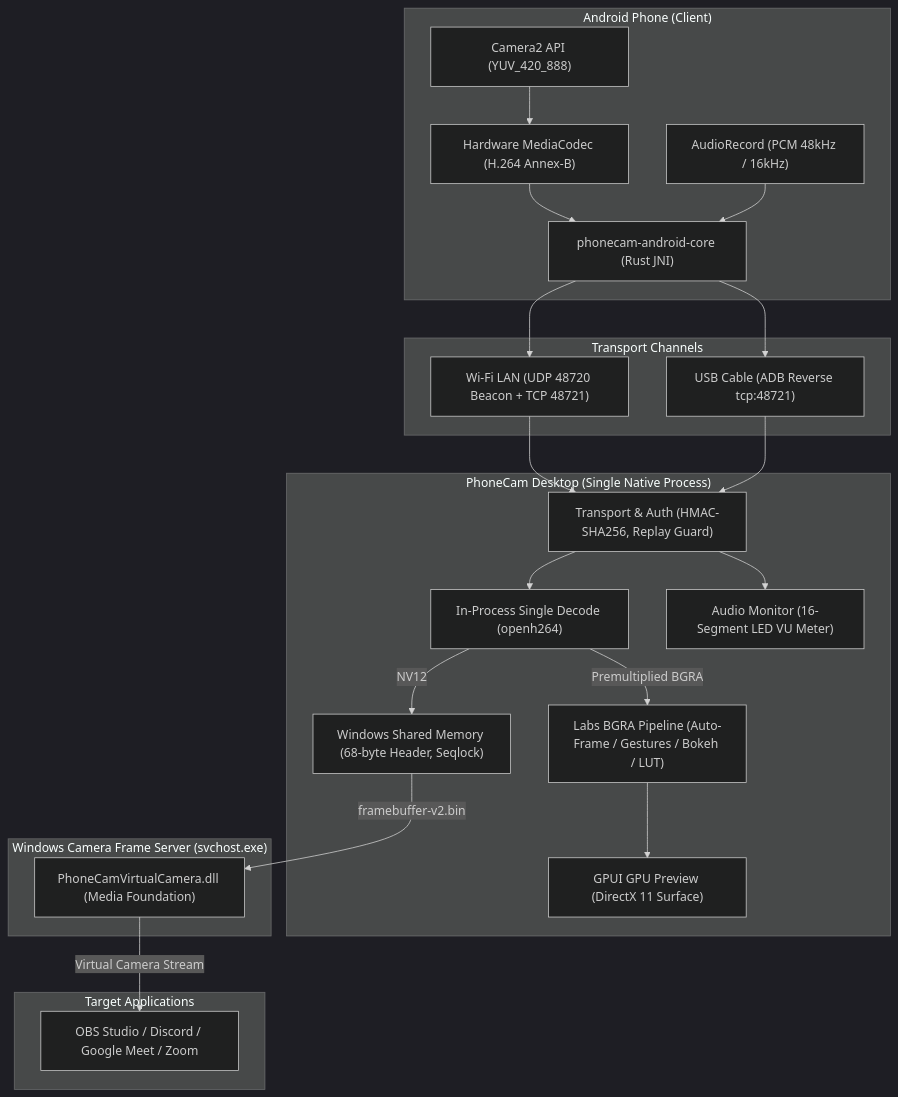
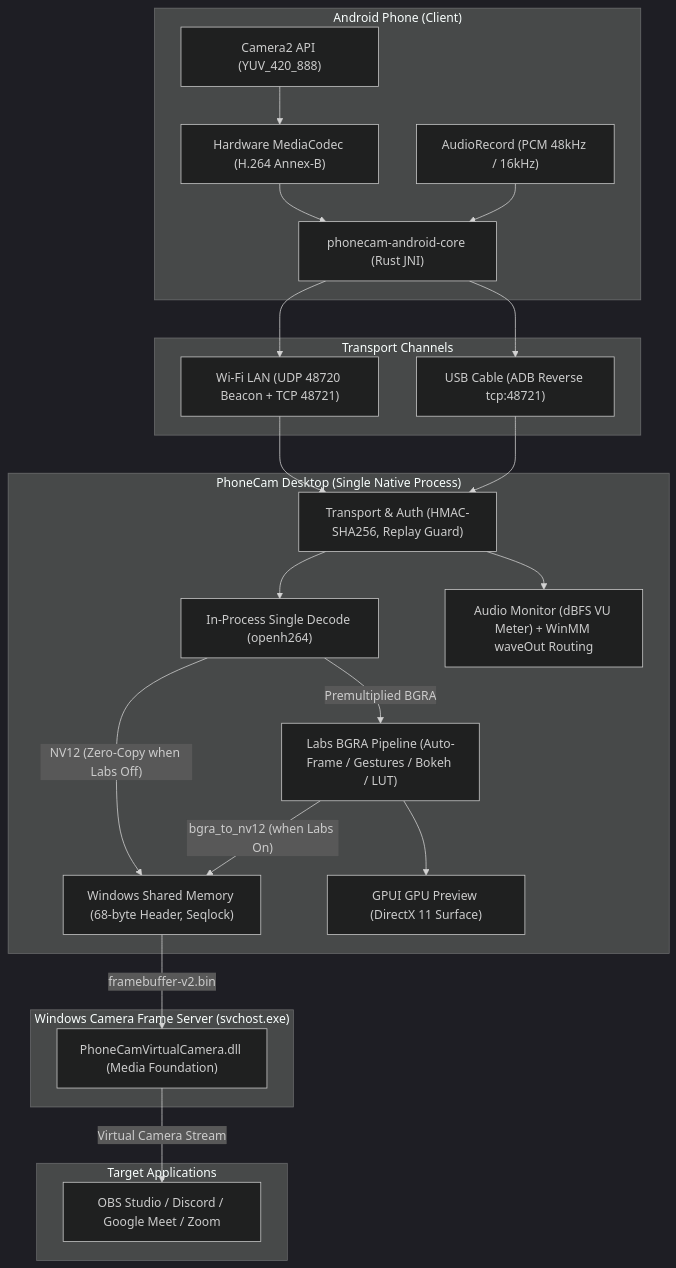
Before and after one commit to primahagantha/phonecam: the first of 2 diagrams in docs/architecture.md, drawn with Mermaid (dark theme). The commit also changed other lines of this file and 13 other files, not shown here.

````diff
--- a/docs/architecture.md
+++ b/docs/architecture.md
@@ -11,48 +11,49 @@
 ```mermaid
 flowchart TD
     subgraph Android["Android Phone (Client)"]
         Cam["Camera2 API (YUV_420_888)"]
         Mic["AudioRecord (PCM 48kHz / 16kHz)"]
         Enc["Hardware MediaCodec (H.264 Annex-B)"]
         JNI["phonecam-android-core (Rust JNI)"]
         Cam --> Enc --> JNI
         Mic --> JNI
     end
 
     subgraph Link["Transport Channels"]
         WiFi["Wi-Fi LAN (UDP 48720 Beacon + TCP 48721)"]
         USB["USB Cable (ADB Reverse tcp:48721)"]
     end
 
     JNI --> WiFi
     JNI --> USB
 
     subgraph Desktop["PhoneCam Desktop (Single Native Process)"]
         Auth["Transport & Auth (HMAC-SHA256, Replay Guard)"]
         Dec["In-Process Single Decode (openh264)"]
-        Audio["Audio Monitor (16-Segment LED VU Meter)"]
+        Audio["Audio Monitor (dBFS VU Meter) + WinMM waveOut Routing"]
         Shm["Windows Shared Memory (68-byte Header, Seqlock)"]
         Labs["Labs BGRA Pipeline (Auto-Frame / Gestures / Bokeh / LUT)"]
         UI["GPUI GPU Preview (DirectX 11 Surface)"]
 
         Auth --> Dec
         Auth --> Audio
-        Dec -->|"NV12"| Shm
+        Dec -->|"NV12 (Zero-Copy when Labs Off)"| Shm
         Dec -->|"Premultiplied BGRA"| Labs --> UI
+        Labs -->|"bgra_to_nv12 (when Labs On)"| Shm
     end
 
     WiFi --> Auth
     USB --> Auth
 
     subgraph VCamService["Windows Camera Frame Server (svchost.exe)"]
         DLL["PhoneCamVirtualCamera.dll (Media Foundation)"]
     end
 
     Shm -->|"framebuffer-v2.bin"| DLL
 
     subgraph Apps["Target Applications"]
         Consumer["OBS Studio / Discord / Google Meet / Zoom"]
     end
 
     DLL -->|"Virtual Camera Stream"| Consumer
 ```
````
